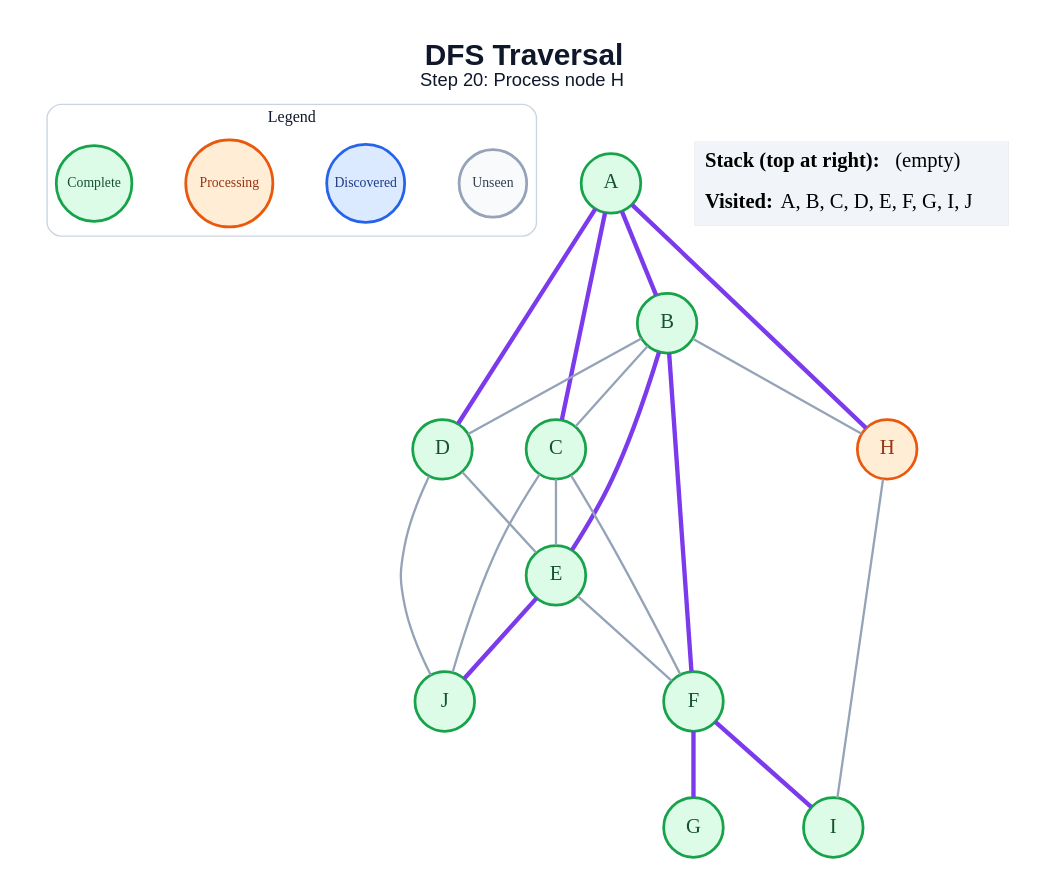
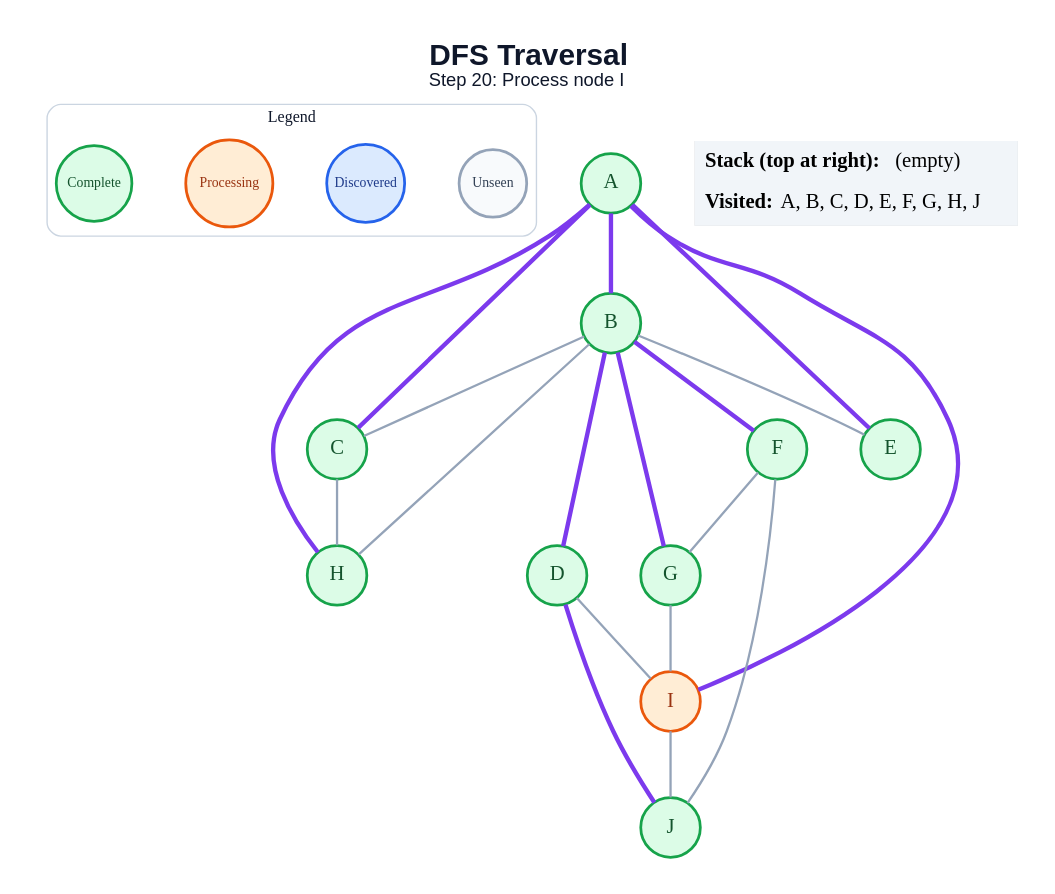
The diagram in generated/dfs/step_20.dot (amanghodawala9/ai-slop), drawn with Graphviz before and after one commit. The commit also changed 178 other files, not shown here.

```diff
--- a/generated/dfs/step_20.dot
+++ b/generated/dfs/step_20.dot
@@ -1,48 +1,47 @@
 graph traversal {
   graph [layout=dot, rankdir=TB, bgcolor="#FFFFFF", pad="0.35", nodesep="0.65", ranksep="0.8", fontname="Arial"];
   node [shape=circle, style="filled", fontname="Arial Bold", fontsize=18, width=0.72, fixedsize=true, penwidth=2.4];
   edge [color="#94A3B8", penwidth=2.0];
-  label=<<B>DFS Traversal</B><BR/><FONT POINT-SIZE="16">Step 20: Process node H</FONT>>; labelloc="t"; fontsize=26; fontname="Arial"; fontcolor="#0F172A";
+  label=<<B>DFS Traversal</B><BR/><FONT POINT-SIZE="16">Step 20: Process node I</FONT>>; labelloc="t"; fontsize=26; fontname="Arial"; fontcolor="#0F172A";
   subgraph cluster_legend { label="Legend"; color="#CBD5E1"; penwidth=1.2; style="rounded"; fontsize=14; fontname="Arial Bold";
     key_unseen [label="Unseen", fillcolor="#F8FAFC", color="#94A3B8", fontcolor="#334155", fontsize=12, width=0.82];
     key_frontier [label="Discovered", fillcolor="#DBEAFE", color="#2563EB", fontcolor="#1E3A8A", fontsize=12, width=0.95];
     key_current [label="Processing", fillcolor="#FFEDD5", color="#EA580C", fontcolor="#9A3412", fontsize=12, width=1.05];
     key_done [label="Complete", fillcolor="#DCFCE7", color="#16A34A", fontcolor="#14532D", fontsize=12, width=0.92];
     { rank=same; key_unseen; key_frontier; key_current; key_done; }
   }
   A [fillcolor="#DCFCE7", color="#16A34A", fontcolor="#14532D"];
   B [fillcolor="#DCFCE7", color="#16A34A", fontcolor="#14532D"];
   C [fillcolor="#DCFCE7", color="#16A34A", fontcolor="#14532D"];
   D [fillcolor="#DCFCE7", color="#16A34A", fontcolor="#14532D"];
   E [fillcolor="#DCFCE7", color="#16A34A", fontcolor="#14532D"];
   F [fillcolor="#DCFCE7", color="#16A34A", fontcolor="#14532D"];
   G [fillcolor="#DCFCE7", color="#16A34A", fontcolor="#14532D"];
-  H [fillcolor="#FFEDD5", color="#EA580C", fontcolor="#9A3412"];
-  I [fillcolor="#DCFCE7", color="#16A34A", fontcolor="#14532D"];
+  H [fillcolor="#DCFCE7", color="#16A34A", fontcolor="#14532D"];
+  I [fillcolor="#FFEDD5", color="#EA580C", fontcolor="#9A3412"];
   J [fillcolor="#DCFCE7", color="#16A34A", fontcolor="#14532D"];
   A -- B [color="#7C3AED", penwidth=3.8];
   A -- C [color="#7C3AED", penwidth=3.8];
-  A -- D [color="#7C3AED", penwidth=3.8];
+  A -- E [color="#7C3AED", penwidth=3.8];
   A -- H [color="#7C3AED", penwidth=3.8];
+  A -- I [color="#7C3AED", penwidth=3.8];
   B -- C;
-  B -- D;
-  B -- E [color="#7C3AED", penwidth=3.8];
+  B -- D [color="#7C3AED", penwidth=3.8];
+  B -- E;
   B -- F [color="#7C3AED", penwidth=3.8];
+  B -- G [color="#7C3AED", penwidth=3.8];
   B -- H;
-  C -- E;
-  C -- F;
-  C -- J;
-  D -- E;
-  D -- J;
-  E -- F;
-  E -- J [color="#7C3AED", penwidth=3.8];
-  F -- G [color="#7C3AED", penwidth=3.8];
-  F -- I [color="#7C3AED", penwidth=3.8];
-  H -- I;
+  C -- H;
+  D -- I;
+  D -- J [color="#7C3AED", penwidth=3.8];
+  F -- G;
+  F -- J;
+  G -- I;
+  I -- J;
   status [shape=plain, fixedsize=false, width=0, height=0, margin=0, label=<
     <TABLE BORDER="0" CELLBORDER="0" CELLPADDING="7" BGCOLOR="#F1F5F9">
       <TR><TD ALIGN="LEFT"><B>Stack (top at right):</B> (empty)</TD></TR>
-      <TR><TD ALIGN="LEFT"><B>Visited:</B> A, B, C, D, E, F, G, I, J</TD></TR>
+      <TR><TD ALIGN="LEFT"><B>Visited:</B> A, B, C, D, E, F, G, H, J</TD></TR>
     </TABLE>
   >];
 }
```
